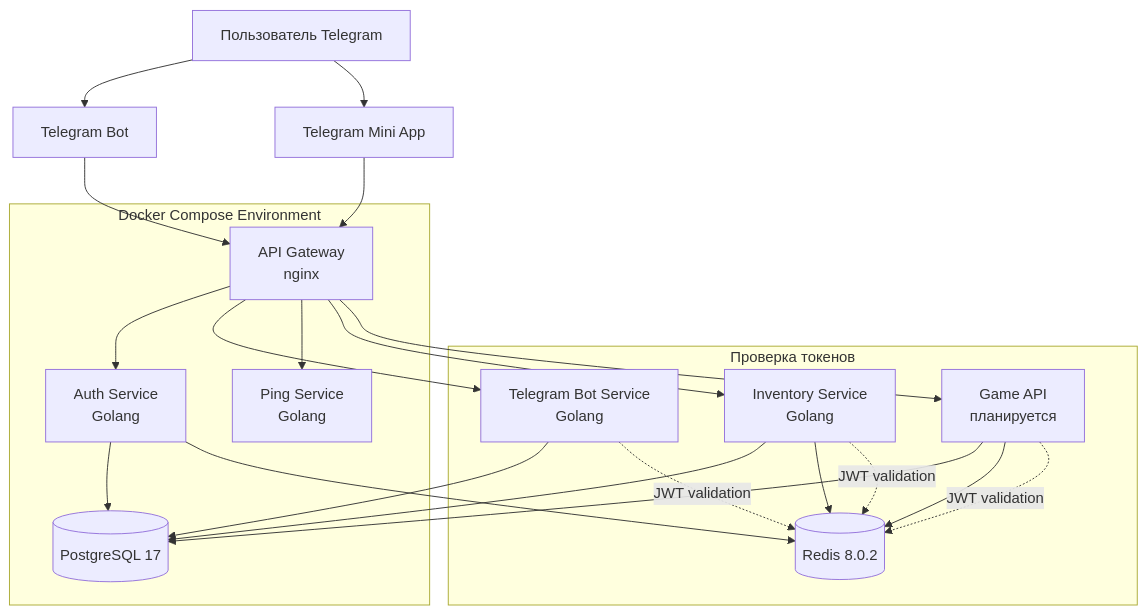
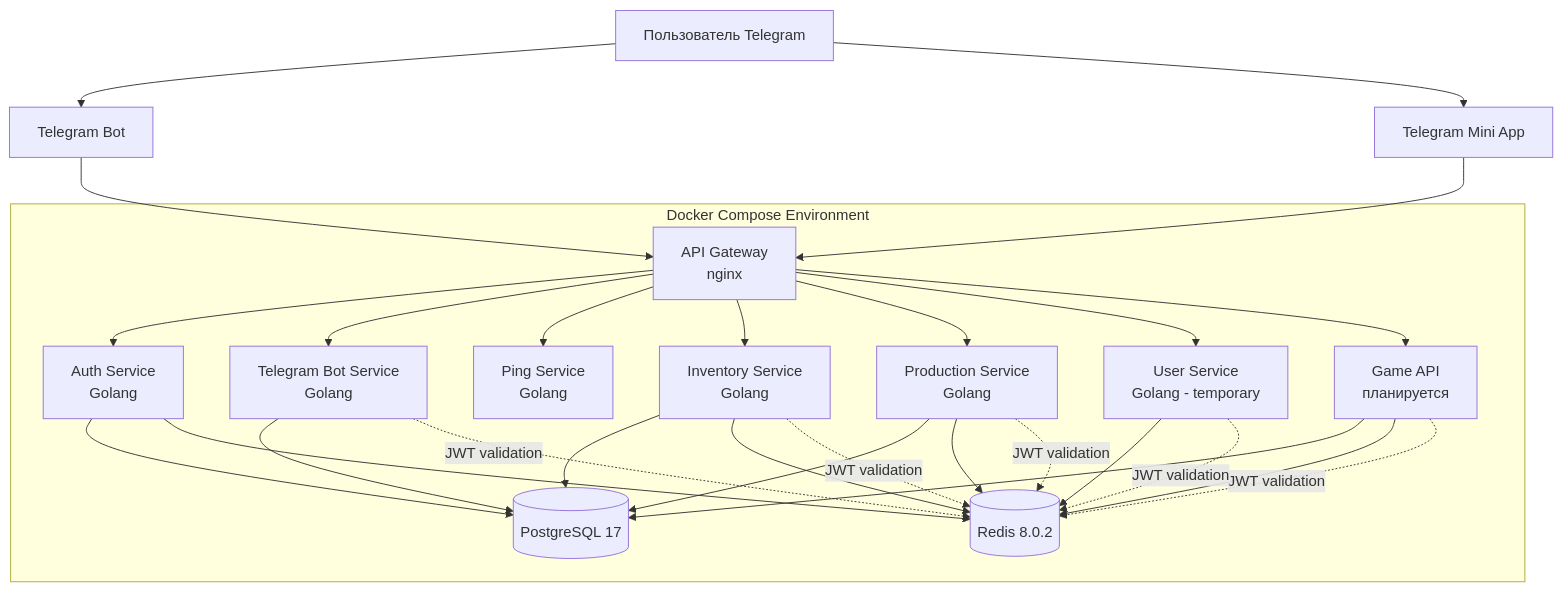
Before and after one commit to dpetrakov/shard_legends: the first of 3 diagrams in docs/architecture/architecture.md, drawn with Mermaid. The commit also changed other lines of this file and 3 other files, not shown here.

````diff
--- a/docs/architecture/architecture.md
+++ b/docs/architecture/architecture.md
@@ -28,37 +28,44 @@
 ```mermaid
 graph TB
     User[Пользователь Telegram] --> Bot[Telegram Bot]
     User --> TMA[Telegram Mini App]
     Bot --> Gateway[API Gateway<br/>nginx]
     TMA --> Gateway
     Gateway --> AuthService[Auth Service<br/>Golang]
     Gateway --> BotService[Telegram Bot Service<br/>Golang]
     Gateway --> PingService[Ping Service<br/>Golang]
     Gateway --> InventoryService[Inventory Service<br/>Golang]
+    Gateway --> ProductionService[Production Service<br/>Golang]
+    Gateway --> UserService[User Service<br/>Golang - temporary]
     Gateway --> GameAPI[Game API<br/>планируется]
     
     AuthService --> DB[(PostgreSQL 17)]
     AuthService --> Cache[(Redis 8.0.2)]
     BotService --> DB
     InventoryService --> DB
     InventoryService --> Cache
+    ProductionService --> DB
+    ProductionService --> Cache
+    UserService --> Cache
     GameAPI --> DB
     GameAPI --> Cache
     
-    subgraph "Проверка токенов"
-        GameAPI -.->|JWT validation| Cache
-        BotService -.->|JWT validation| Cache
-        InventoryService -.->|JWT validation| Cache
-    end
+    GameAPI -.->|JWT validation| Cache
+    BotService -.->|JWT validation| Cache
+    InventoryService -.->|JWT validation| Cache
+    ProductionService -.->|JWT validation| Cache
+    UserService -.->|JWT validation| Cache
     
     subgraph "Docker Compose Environment"
         Gateway
         AuthService
         BotService
         PingService
         InventoryService
+        ProductionService
+        UserService
         GameAPI
         DB
         Cache
     end
 ```
````
